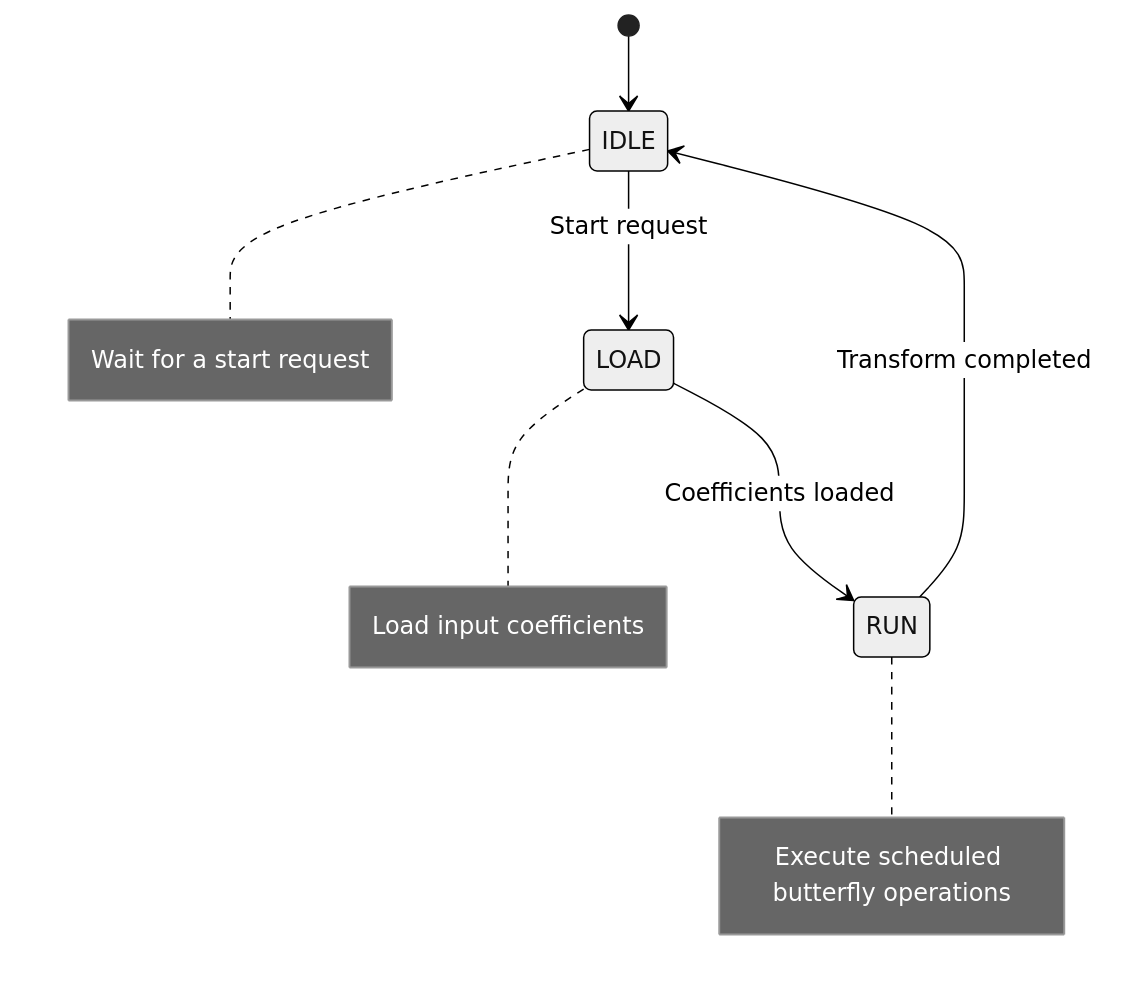
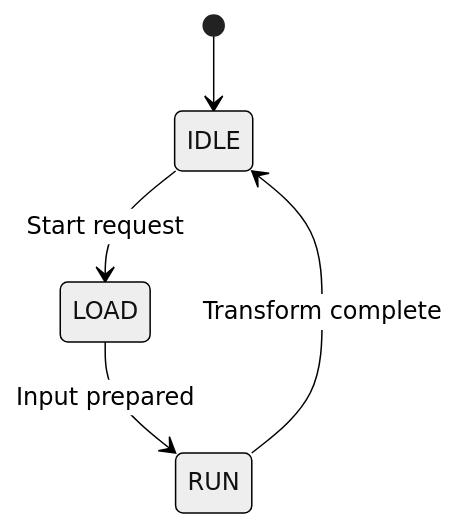
The third of 5 diagrams in README.md (Harshima-Joshi15/riscv-ntt-accelerator), drawn with Mermaid (neutral theme) before and after one commit. The commit also changed other lines of this file, not shown here.

````diff
--- a/README.md
+++ b/README.md
@@ -220,20 +149,7 @@
 ```mermaid
 stateDiagram-v2
     [*] --> IDLE
-
     IDLE --> LOAD: Start request
-    LOAD --> RUN: Coefficients loaded
-    RUN --> IDLE: Transform completed
-
-    note right of IDLE
-        Wait for a start request
-    end note
-
-    note right of LOAD
-        Load input coefficients
-    end note
-
-    note right of RUN
-        Execute scheduled butterfly operations
-    end note
+    LOAD --> RUN: Input prepared
+    RUN --> IDLE: Transform complete
 ```
````
